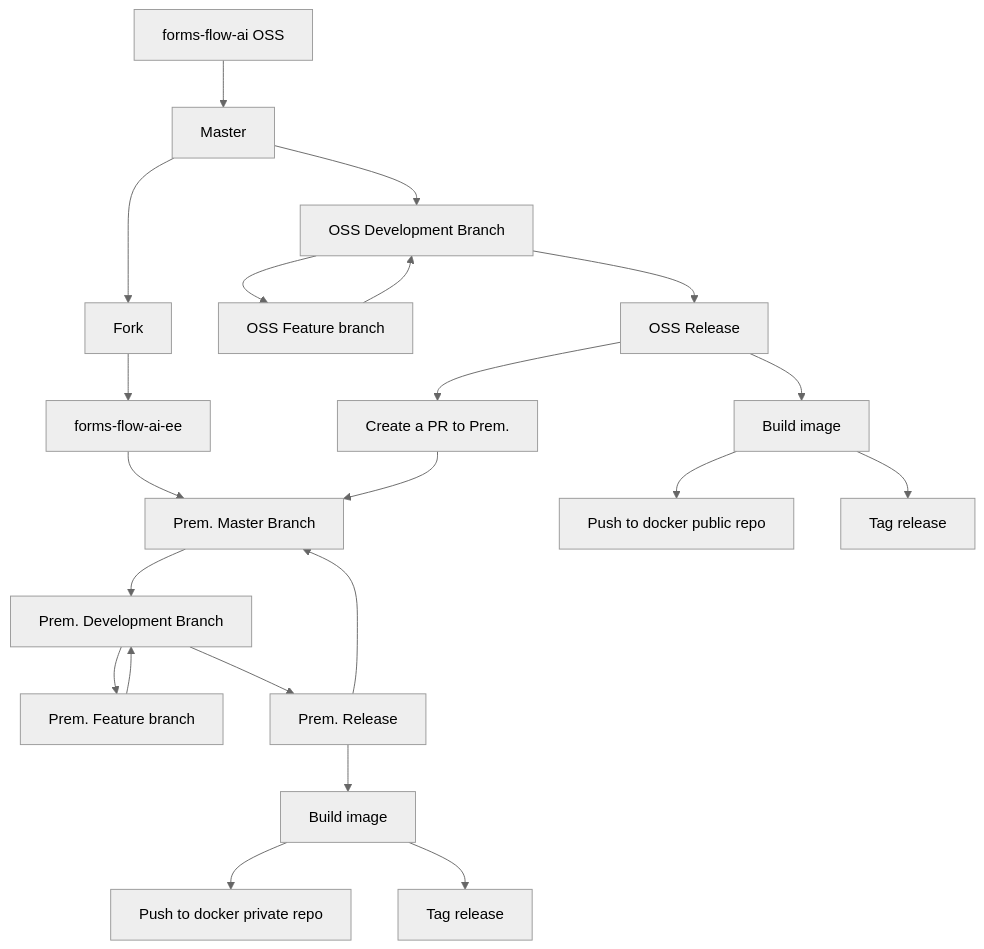
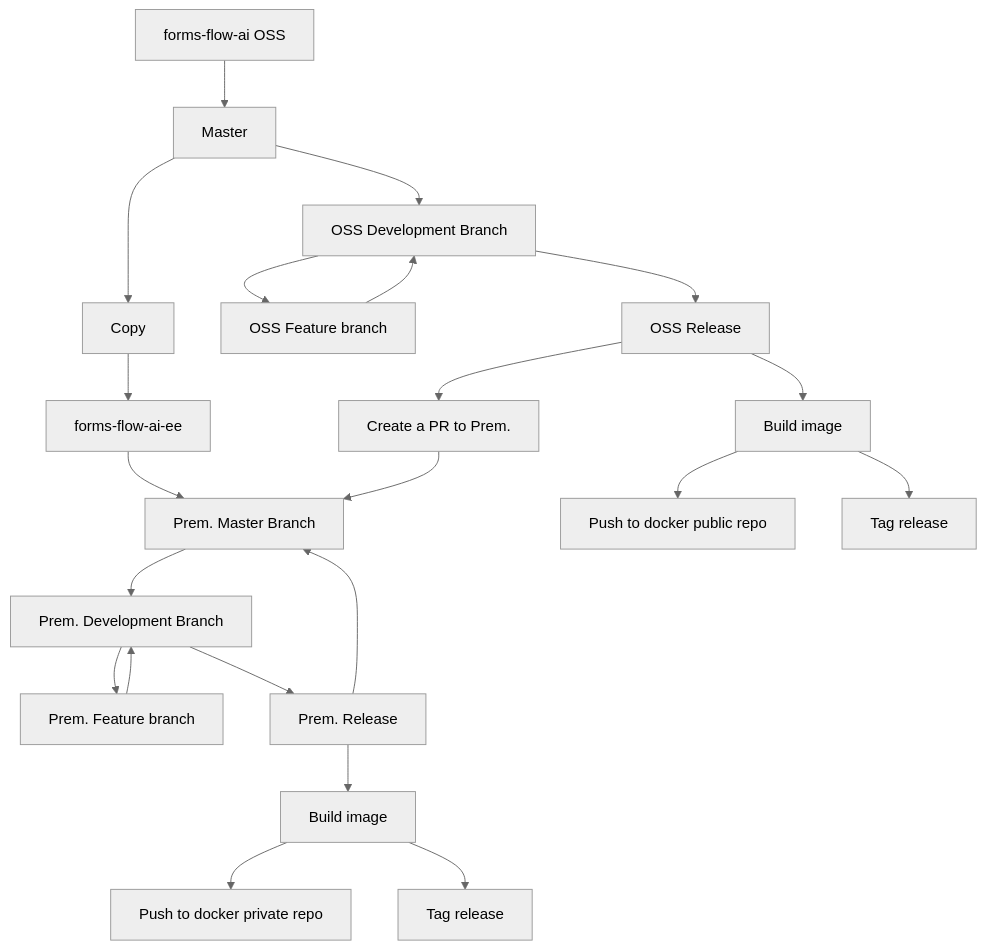
The diagram in rfcs/packaging-changes.md (AOT-Technologies/forms-flow-ai-rfcs), drawn with Mermaid (neutral theme) before and after one commit. The commit also changed other lines of this file, not shown here.

````diff
--- a/rfcs/packaging-changes.md
+++ b/rfcs/packaging-changes.md
@@ -20,26 +20,26 @@
 ```mermaid
 graph TD
   S1[forms-flow-ai OSS] --> C2[Master]
-  C2 --> S2[Fork]
+  C2 --> S2[Copy]
   S2 --> S3[forms-flow-ai-ee]
   S3 --> S4[Prem. Master Branch]
   S4 --> C3[Prem. Development Branch]
   C3 --> C4[Prem. Feature branch]
   C4 --> C3
   C3 --> C5[Prem. Release]
   C5 --> C6[Build image]
   C6 --> C8[Push to docker private repo]
   C6 --> C7[Tag release]
   C5 --> S4
 
   C2 --> O3[OSS Development Branch]
   O3 --> O4[OSS Feature branch]
   O4 --> O3
   O3 --> O5[OSS Release]
   O5 --> O6[Build image]
   O6 --> O9[Push to docker public repo]
   O6 --> O8[Tag release]
   O5 --> O7[Create a PR to Prem.]
   O7 --> S4
 
 ```
````
